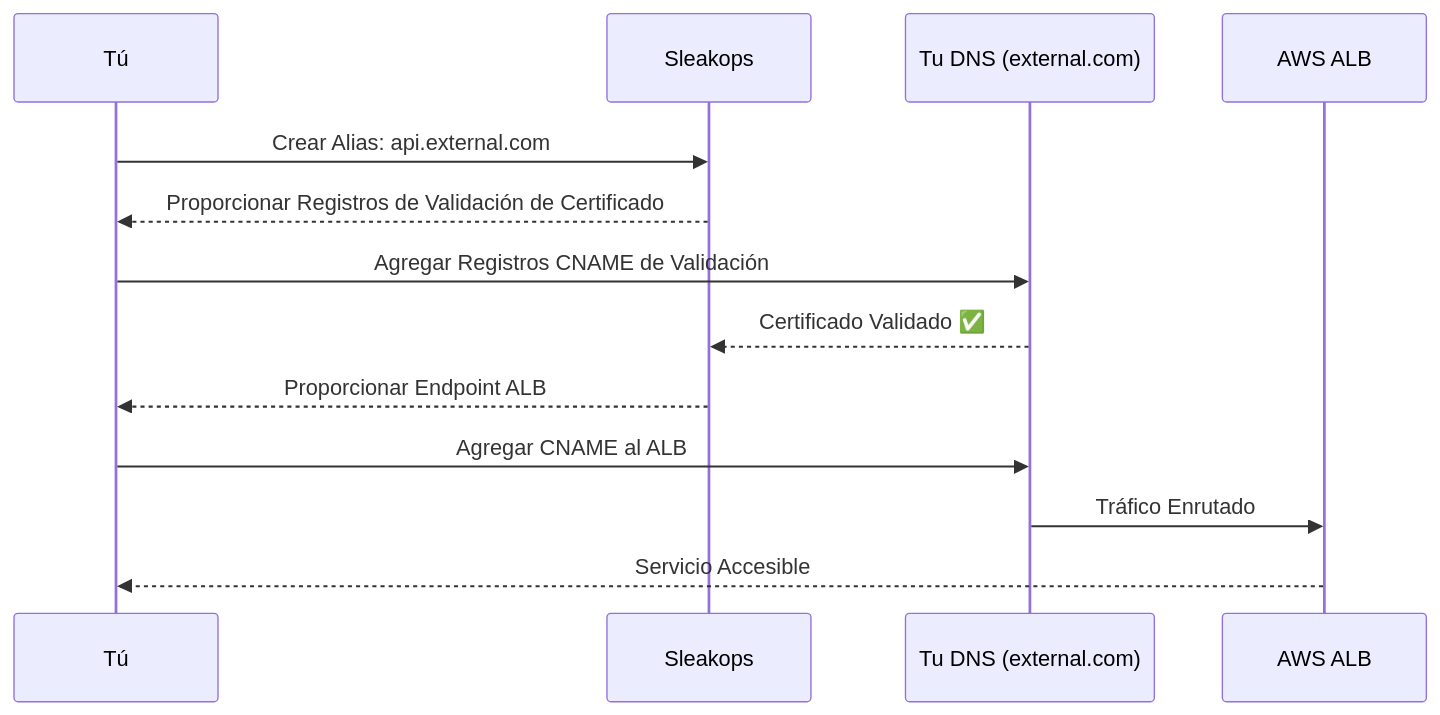
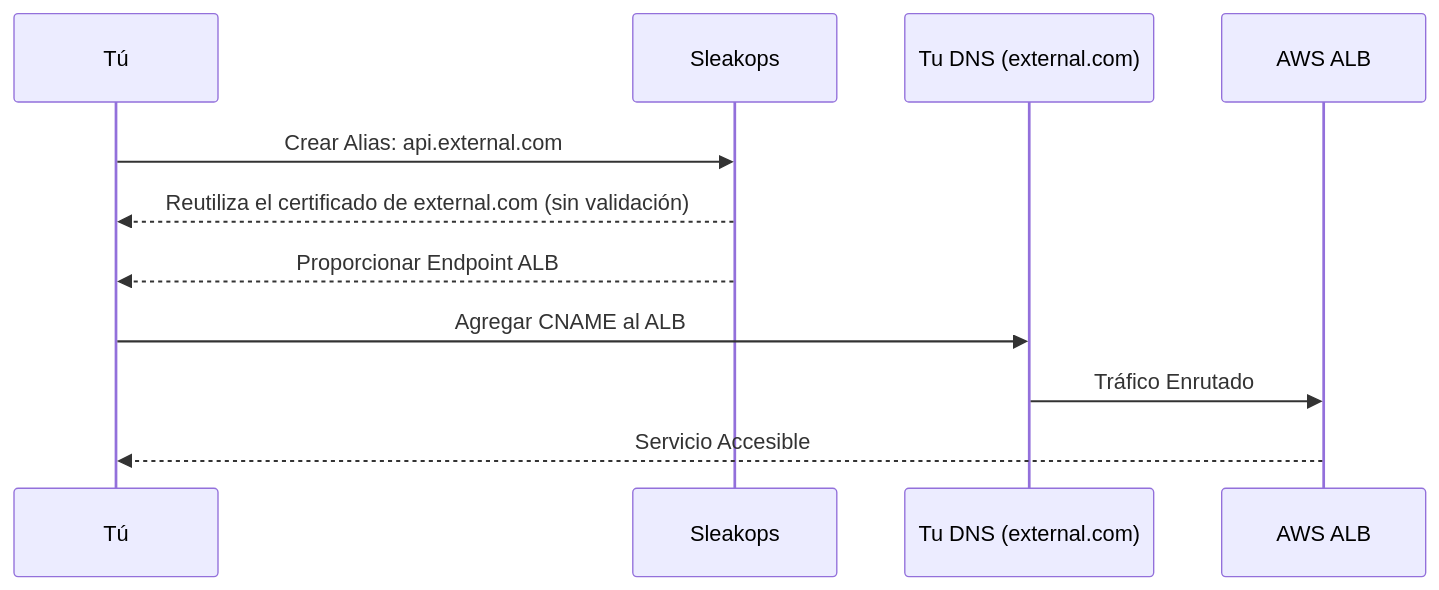
Before and after one commit to sleakops/docs: the sixth of 8 diagrams in content/docs/es/domain/delegation.mdx, drawn with Mermaid. The commit also changed other lines of this file and 111 other files, not shown here.

````diff
--- a/content/docs/es/domain/delegation.mdx
+++ b/content/docs/es/domain/delegation.mdx
@@ -223,16 +223,14 @@
 ```mermaid
 sequenceDiagram
     participant U as Tú
     participant S as Sleakops
     participant DNS as Tu DNS (external.com)
     participant ALB as AWS ALB
     
     U->>S: Crear Alias: api.external.com
-    S-->>U: Proporcionar Registros de Validación de Certificado
-    U->>DNS: Agregar Registros CNAME de Validación
-    DNS-->>S: Certificado Validado ✅
+    S-->>U: Reutiliza el certificado de external.com (sin validación)
     S-->>U: Proporcionar Endpoint ALB
     U->>DNS: Agregar CNAME al ALB
     DNS->>ALB: Tráfico Enrutado
     ALB-->>U: Servicio Accesible
 ```
````
